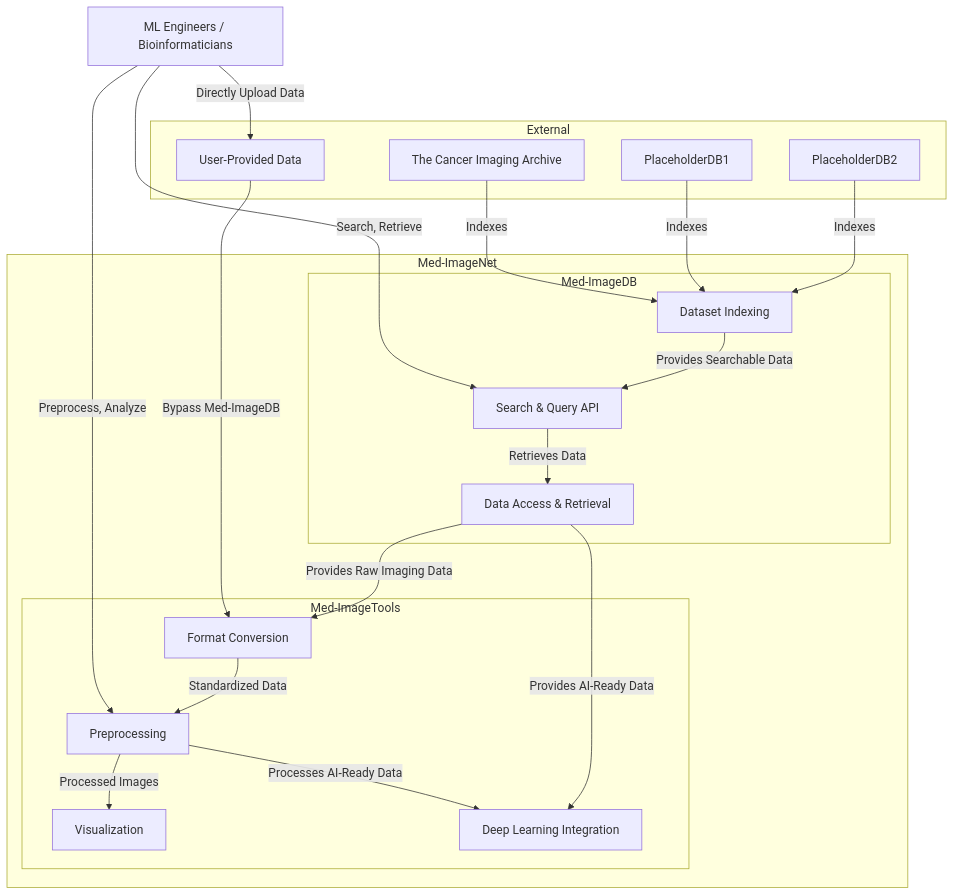
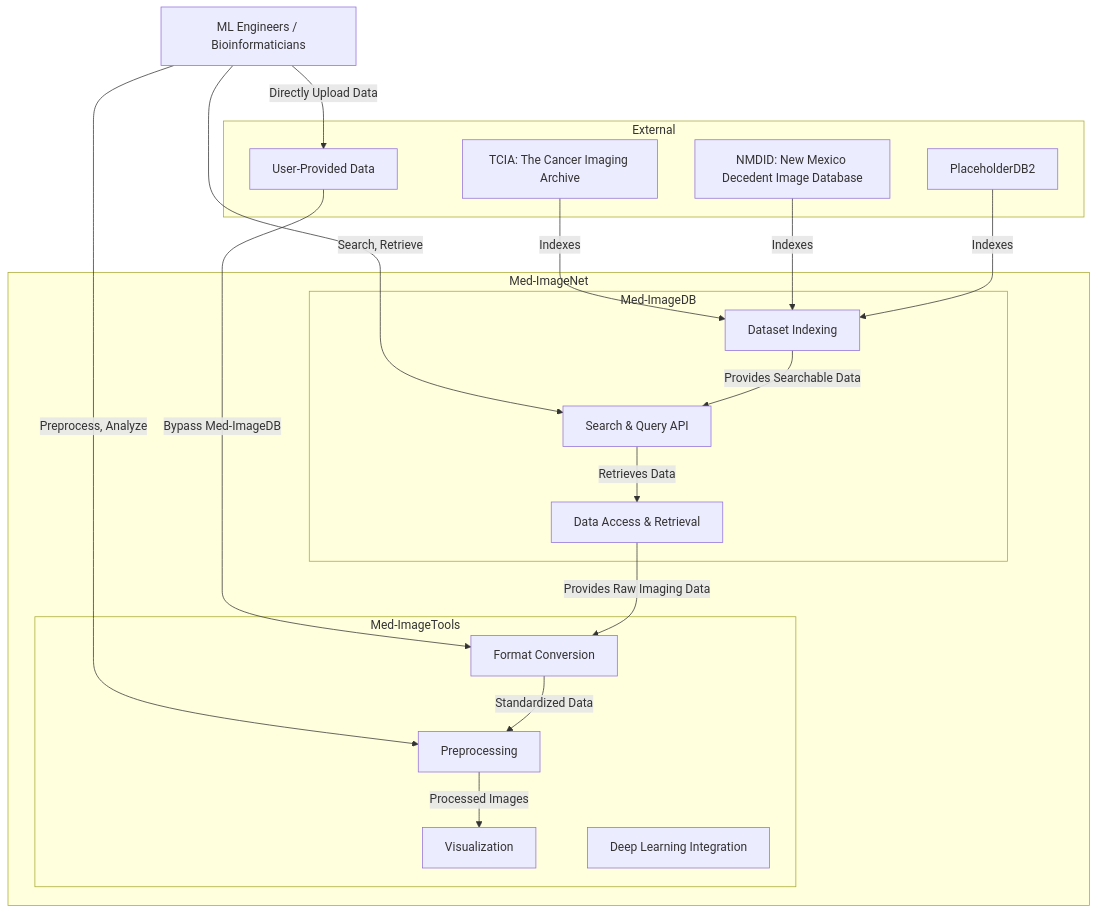
Before and after one commit to bhklab/med-imagenet: the second of 2 diagrams in docs/devnotes/UserStoriesAndArchitecture.md, drawn with Mermaid. The commit also changed other lines of this file and 3 other files, not shown here.

````diff
--- a/docs/devnotes/UserStoriesAndArchitecture.md
+++ b/docs/devnotes/UserStoriesAndArchitecture.md
@@ -123,45 +118,42 @@
 ```mermaid
 graph TD
     subgraph External
-        TCIA[The Cancer Imaging Archive]
-        DB1[PlaceholderDB1]
+        TCIA[TCIA: The Cancer Imaging Archive]
+        DB1[NMDID: New Mexico Decedent Image Database]
         DB2[PlaceholderDB2]
         UserData[User-Provided Data]
     end
 
     subgraph Med-ImageNet
         subgraph Med-ImageDB
             Indexing[Dataset Indexing]
             Query[Search & Query API]
             Access[Data Access & Retrieval]
         end
 
         subgraph Med-ImageTools
             Preprocess[Preprocessing]
             Convert[Format Conversion]
             Visualize[Visualization]
             AI-Ready[Deep Learning Integration]
         end
     end
 
     Users[ML Engineers / Bioinformaticians] -->|Search, Retrieve| Query
     Users -->|Preprocess, Analyze| Preprocess
     Users -->|Directly Upload Data| UserData
 
     TCIA -->|Indexes| Indexing
     DB1 -->|Indexes| Indexing
     DB2 -->|Indexes| Indexing
 
     UserData -->|Bypass Med-ImageDB| Convert
 
     Indexing -->|Provides Searchable Data| Query
     Query -->|Retrieves Data| Access
     Access -->|Provides Raw Imaging Data| Convert
-    Preprocess -->|Processes AI-Ready Data| AI-Ready
-
-    Access -->|Provides AI-Ready Data| AI-Ready
 
     Convert -->|Standardized Data| Preprocess
     Preprocess -->|Processed Images| Visualize
     
 ```
````
